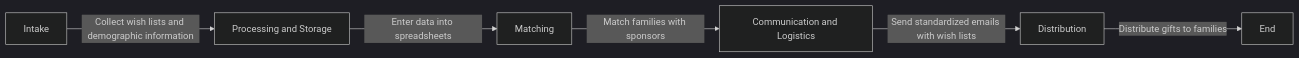
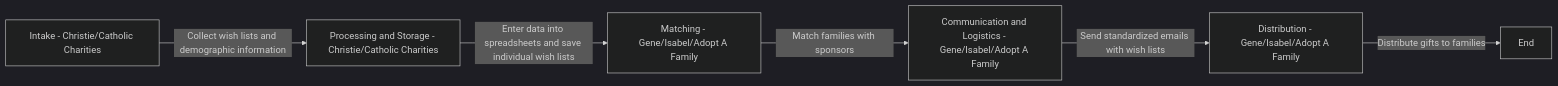
Before and after one commit to ajalix/adoptafamily: the second of 2 diagrams in README.md, drawn with Mermaid (dark theme).

Commit message:
Update process flow to show roles of Christie and Gene/Isabel

````diff
--- a/README.md
+++ b/README.md
@@ -30,8 +30,8 @@
 ```mermaid
 graph LR
-    A[Intake] -->|Collect wish lists and demographic information| B[Processing and Storage]
-    B -->|Enter data into spreadsheets| C[Matching]
-    C -->|Match families with sponsors| D[Communication and Logistics]
-    D -->|Send standardized emails with wish lists| E[Distribution]
+    A[Intake - Christie/Catholic Charities] -->|Collect wish lists and demographic information| B[Processing and Storage - Christie/Catholic Charities]
+    B -->|Enter data into spreadsheets and save individual wish lists| C[Matching - Gene/Isabel/Adopt A Family]
+    C -->|Match families with sponsors| D[Communication and Logistics - Gene/Isabel/Adopt A Family]
+    D -->|Send standardized emails with wish lists| E[Distribution - Gene/Isabel/Adopt A Family]
     E -->|Distribute gifts to families| F[End]
 ```
````
